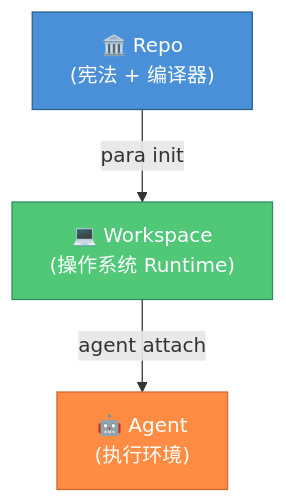
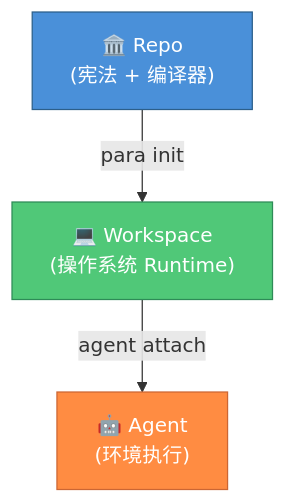
One commit to pageel/para-workspace changed the diagram in docs/locales/zh-CN.md. Above: the diagram before and after it, drawn with Mermaid. The commit also changed other lines of this file and 4 other files, not shown here.

Commit message:
fix(i18n+ki): translate zh-CN/es-ES/fr-FR locales, fix KI §3 hardcoded config → schema table (v1.7.6.2)

````diff
--- a/docs/locales/zh-CN.md
+++ b/docs/locales/zh-CN.md
@@ -38,12 +48,12 @@
 ```mermaid
 flowchart TD
     R["🏛️ Repo\n(宪法 + 编译器)"]
     W["💻 Workspace\n(操作系统 Runtime)"]
-    A["🤖 Agent\n(执行环境)"]
+    A["🤖 Agent\n(环境执行)"]
     R -->|para init| W
     W -->|agent attach| A
 
     style R fill:#4a90d9,stroke:#2c5f8a,color:#fff
     style W fill:#50c878,stroke:#2e8b57,color:#fff
     style A fill:#ff8c42,stroke:#cc6633,color:#fff
 ```
````
